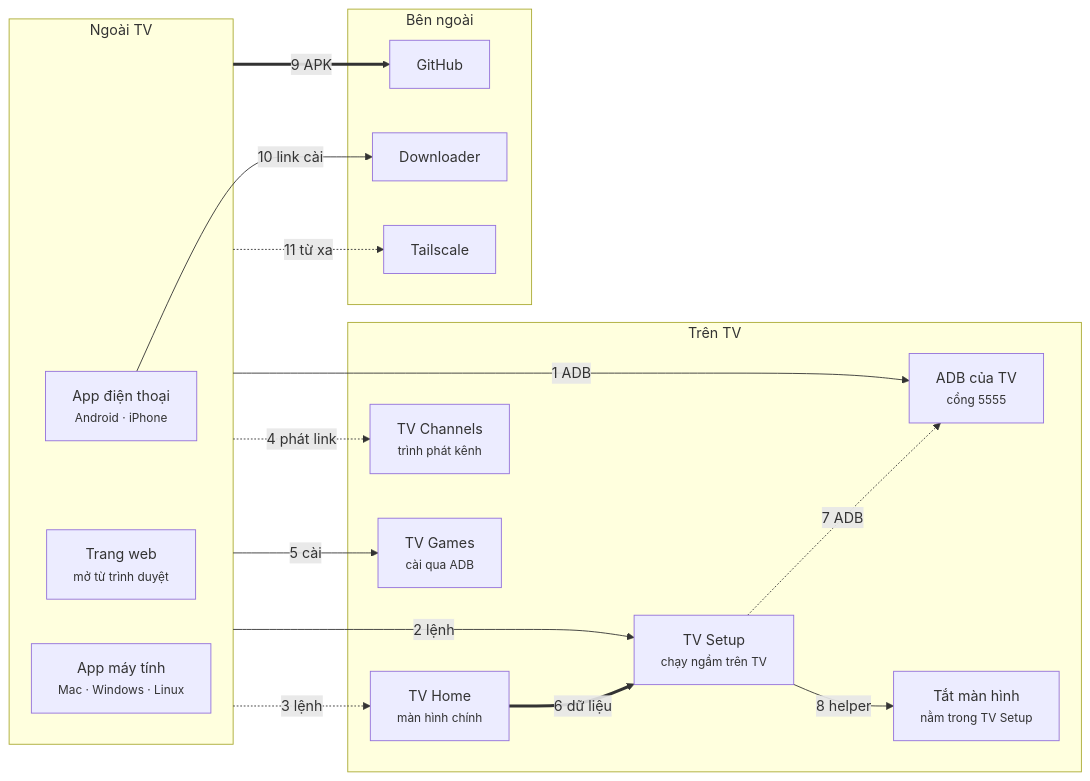
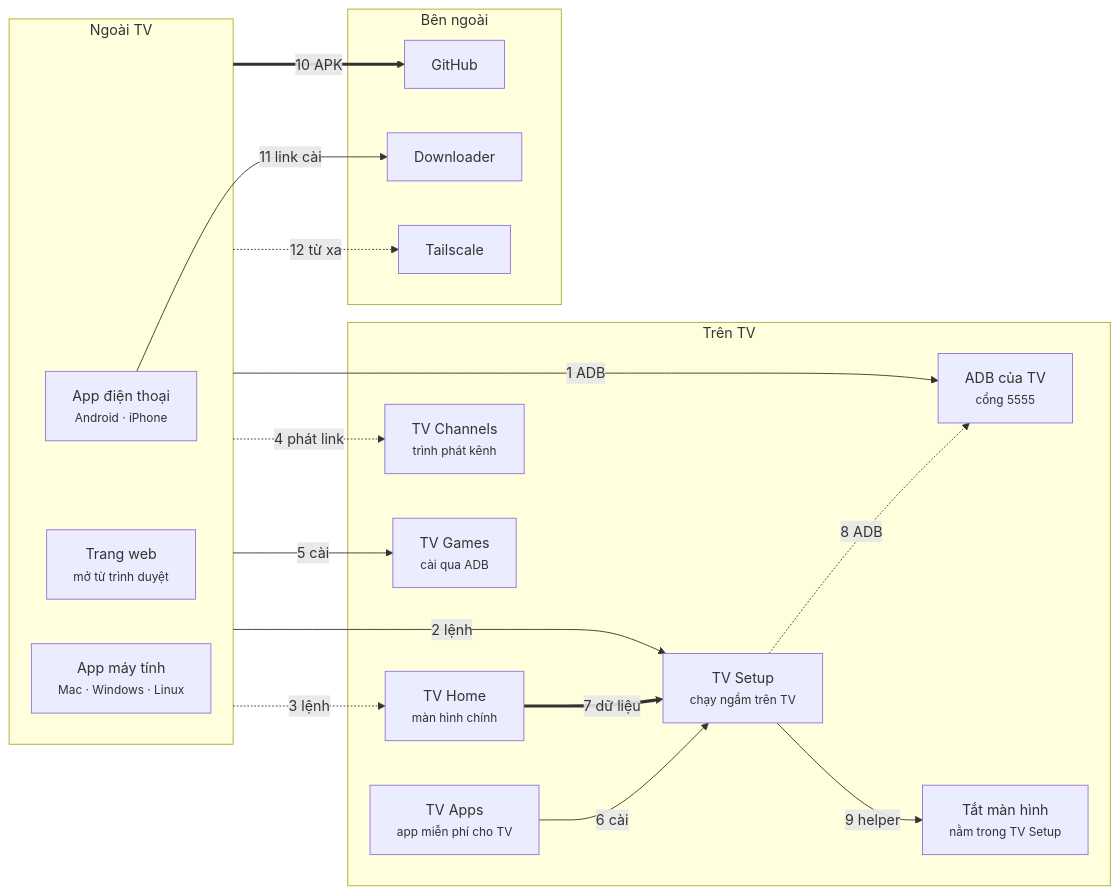
Before and after one commit to 9000000/tv-remote: the diagram in README.vi.md, drawn with Mermaid. The commit also changed other lines of this file and 46 other files, not shown here.

````diff
--- a/README.vi.md
+++ b/README.vi.md
@@ -126,32 +127,34 @@
 ```mermaid
 flowchart LR
   subgraph clients["Ngoài TV"]
     phone["App điện thoại<br/><small>Android · iPhone</small>"]
     web["Trang web<br/><small>mở từ trình duyệt</small>"]
     desktop["App máy tính<br/><small>Mac · Windows · Linux</small>"]
   end
   subgraph tv["Trên TV"]
     adb["ADB của TV<br/><small>cổng 5555</small>"]
     helper["Tắt màn hình<br/><small>nằm trong TV Setup</small>"]
     setup["TV Setup<br/><small>chạy ngầm trên TV</small>"]
     home["TV Home<br/><small>màn hình chính</small>"]
     channels["TV Channels<br/><small>trình phát kênh</small>"]
     games["TV Games<br/><small>cài qua ADB</small>"]
+    tvapps["TV Apps<br/><small>app miễn phí cho TV</small>"]
   end
   subgraph ext["Bên ngoài"]
     github["GitHub"]
     downloader["Downloader"]
     tailscale["Tailscale"]
   end
   clients -->|"1 ADB"| adb
   clients -->|"2 lệnh"| setup
   clients -.->|"3 lệnh"| home
   clients -.->|"4 phát link"| channels
   clients -->|"5 cài"| games
-  home ==>|"6 dữ liệu"| setup
-  setup -.->|"7 ADB"| adb
-  setup -->|"8 helper"| helper
-  clients ==>|"9 APK"| github
-  phone -->|"10 link cài"| downloader
-  clients -.->|"11 từ xa"| tailscale
+  tvapps -->|"6 cài"| setup
+  home ==>|"7 dữ liệu"| setup
+  setup -.->|"8 ADB"| adb
+  setup -->|"9 helper"| helper
+  clients ==>|"10 APK"| github
+  phone -->|"11 link cài"| downloader
+  clients -.->|"12 từ xa"| tailscale
 ```
````
